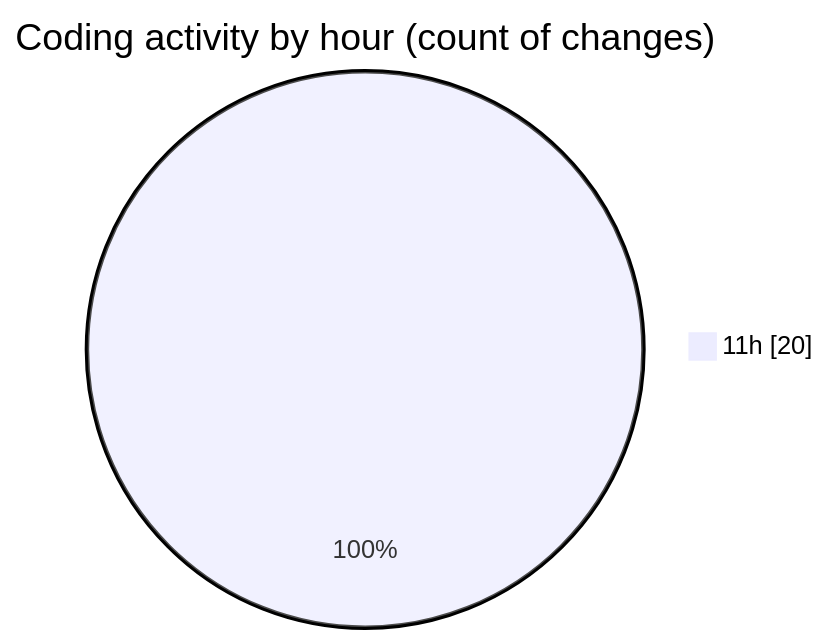
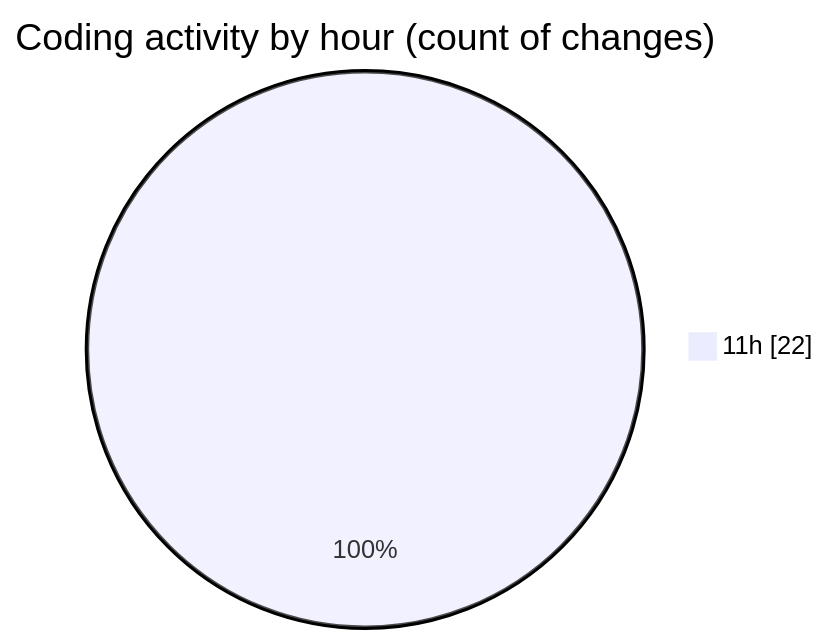
Before and after one commit to Ritupan-Deka/code-tracking: the second of 2 diagrams in 2025-07-10/urlwebwala_intership_work/README.md, drawn with Mermaid. The commit also changed other lines of this file and 1 other file, not shown here.

````diff
--- a/2025-07-10/urlwebwala_intership_work/README.md
+++ b/2025-07-10/urlwebwala_intership_work/README.md
@@ -28,5 +30,5 @@
 ```mermaid
 pie showData
 title Coding activity by hour (count of changes)
-"11h" : 20
+"11h" : 22
 ```
````
